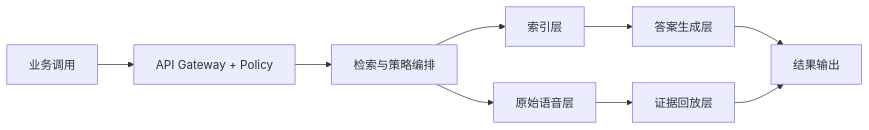
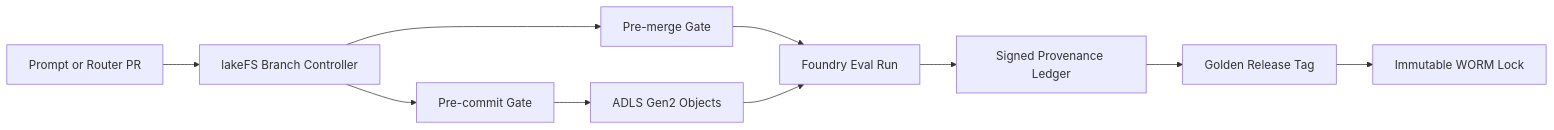
Before and after one commit to turbo998/ai-infra-lab: the first of 2 diagrams in docs/azure-agent-infra/eval-corpus-versioning-lineage-lakefs-adls-zero-copy-vs-foundry-ml-data-assets-vs-delta-dvc-selection-faq.md, drawn with Mermaid. The commit also changed other lines of this file and 1 other file, not shown here.

Commit message:
fix(azure-agent-infra): rewrite #456 with genuine lakeFS/Foundry/Delta eval corpus SA prose

````diff
--- a/docs/azure-agent-infra/eval-corpus-versioning-lineage-lakefs-adls-zero-copy-vs-foundry-ml-data-assets-vs-delta-dvc-selection-faq.md
+++ b/docs/azure-agent-infra/eval-corpus-versioning-lineage-lakefs-adls-zero-copy-vs-foundry-ml-data-assets-vs-delta-dvc-selection-faq.md
@@ -60,11 +54,12 @@
 ```mermaid
 flowchart LR
-  User[业务调用] --> Gateway[API Gateway + Policy]
-  Gateway --> Planner[检索与策略编排]
-  Planner --> Index[索引层]
-  Planner --> Blob[原始语音层]
-  Index --> Answer[答案生成层]
-  Blob --> Evidence[证据回放层]
-  Answer --> Output[结果输出]
-  Evidence --> Output
+  RepoPR[Prompt or Router PR] --> BranchCtl[lakeFS Branch Controller]
+  BranchCtl --> GateA[Pre-commit Gate]
+  BranchCtl --> GateB[Pre-merge Gate]
+  GateA --> ObjStore[ADLS Gen2 Objects]
+  GateB --> EvalRun[Foundry Eval Run]
+  ObjStore --> EvalRun
+  EvalRun --> Ledger[Signed Provenance Ledger]
+  Ledger --> Release[Golden Release Tag]
+  Release --> WORM[Immutable WORM Lock]
 ```
````
